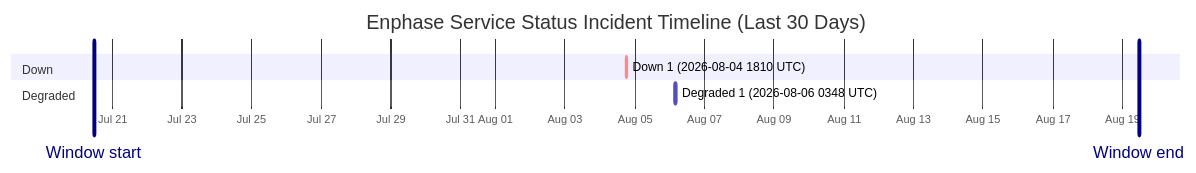
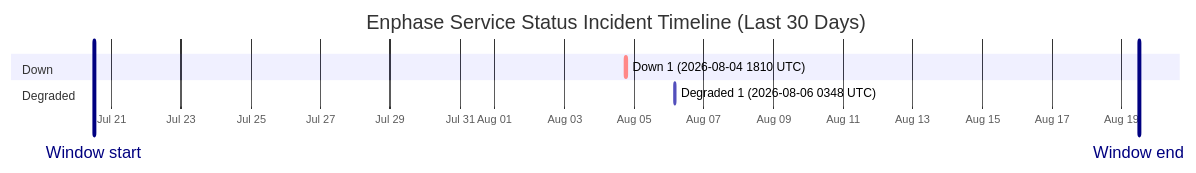
Before and after one commit to barneyonline/ha-enphase-energy: the diagram in wiki/Service-Status-History.md, drawn with Mermaid. The commit also changed other lines of this file and 3 other files, not shown here.

````diff
--- a/wiki/Service-Status-History.md
+++ b/wiki/Service-Status-History.md
@@ -14,12 +14,12 @@
 ```mermaid
 gantt
     title Enphase Service Status Incident Timeline (Last 30 Days)
     dateFormat  YYYY-MM-DDTHH:mm:ss
     axisFormat  %b %d
-    Window start :vert, window-start, 2026-07-20T11:22:39, 0ms
-    Window end :vert, window-end, 2026-08-19T11:22:39, 0ms
+    Window start :vert, window-start, 2026-07-20T11:50:05, 0ms
+    Window end :vert, window-end, 2026-08-19T11:50:05, 0ms
     section Down
     Down 1 (2026-08-04 1810 UTC) :crit, down-1, 2026-08-04T18:10:46, 60m
     section Degraded
     Degraded 1 (2026-08-06 0348 UTC) :active, degraded-1, 2026-08-06T03:48:14, 60m
 ```
````
